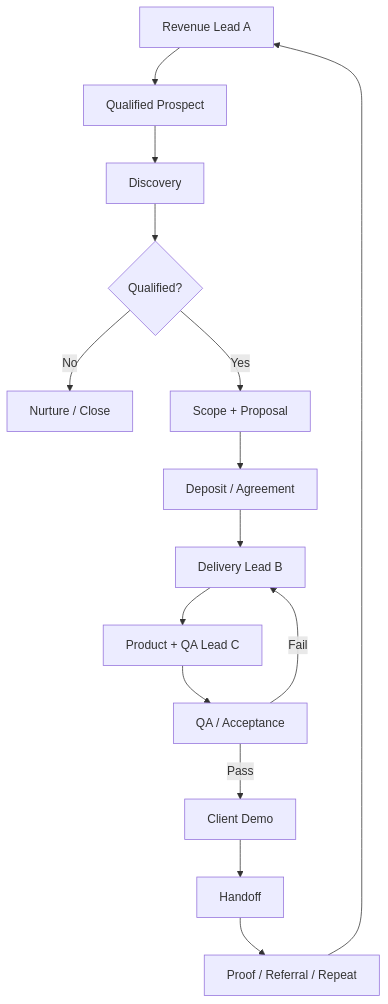
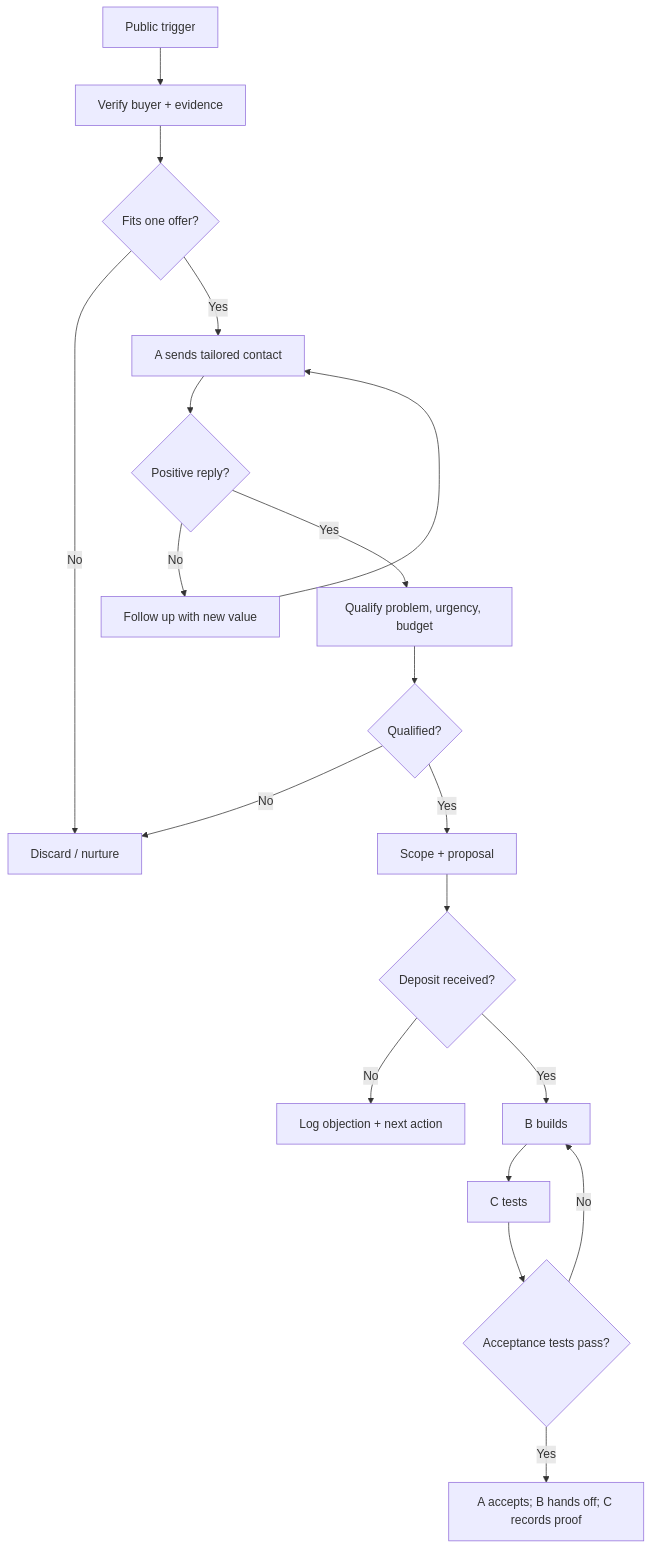
The diagram in 13_UML_Workflows.md (sulmanfarooqq/Documentation-), drawn with Mermaid before and after one commit. The commit also changed other lines of this file, not shown here.

````diff
--- a/13_UML_Workflows.md
+++ b/13_UML_Workflows.md
@@ -4,17 +2,21 @@
 ```mermaid
 flowchart TD
- A[Revenue Lead A] --> P[Qualified Prospect]
- P --> D[Discovery]
- D --> Q{Qualified?}
- Q -->|No| N[Nurture / Close]
- Q -->|Yes| S[Scope + Proposal]
- S --> DP[Deposit / Agreement]
- DP --> B[Delivery Lead B]
- B --> C[Product + QA Lead C]
- C --> T[QA / Acceptance]
- T -->|Fail| B
- T -->|Pass| DEMO[Client Demo]
- DEMO --> H[Handoff]
- H --> PR[Proof / Referral / Repeat]
- PR --> A
+A[Public trigger] --> B[Verify buyer + evidence]
+B --> C{Fits one offer?}
+C -- No --> D[Discard / nurture]
+C -- Yes --> E[A sends tailored contact]
+E --> F{Positive reply?}
+F -- No --> G[Follow up with new value]
+G --> E
+F -- Yes --> H[Qualify problem, urgency, budget]
+H --> I{Qualified?}
+I -- No --> D
+I -- Yes --> J[Scope + proposal]
+J --> K{Deposit received?}
+K -- No --> L[Log objection + next action]
+K -- Yes --> M[B builds]
+M --> N[C tests]
+N --> O{Acceptance tests pass?}
+O -- No --> M
+O -- Yes --> P[A accepts; B hands off; C records proof]
 ```
````
